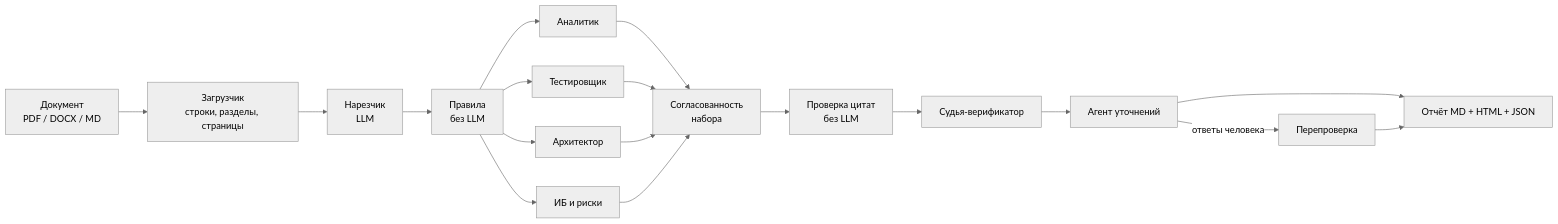
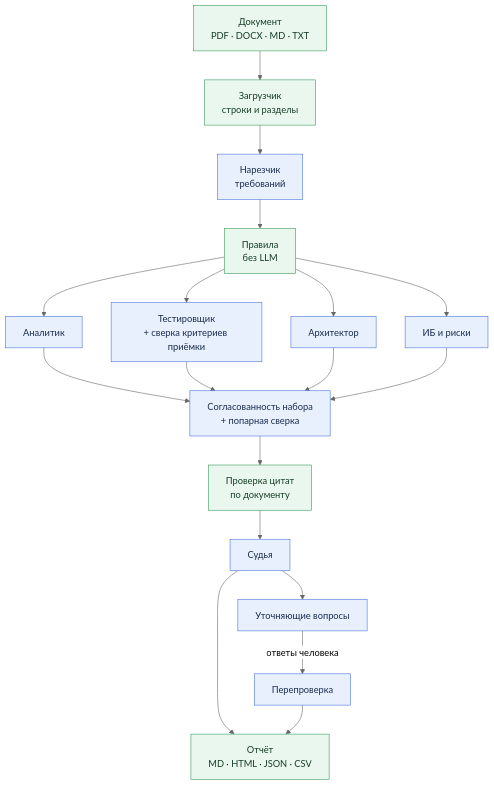
Before and after one commit to ERA216/Hac: the diagram in README.md, drawn with Mermaid (neutral theme). The commit also changed other lines of this file and 8 other files, not shown here.

First line of the commit message:
Подача для жюри: схема агента и скриншоты в README, исправления HTML-отчёта

````diff
--- a/README.md
+++ b/README.md
@@ -200,17 +25,21 @@
 ```mermaid
-flowchart LR
-    A[Документ<br>PDF / DOCX / MD] --> B[Загрузчик<br>строки, разделы, страницы]
-    B --> C[Нарезчик<br>LLM]
+flowchart TB
+    A[Документ<br>PDF · DOCX · MD · TXT] --> B[Загрузчик<br>строки и разделы]
+    B --> C[Нарезчик<br>требований]
     C --> D[Правила<br>без LLM]
     D --> E1[Аналитик]
-    D --> E2[Тестировщик]
+    D --> E2[Тестировщик<br>+ сверка критериев приёмки]
     D --> E3[Архитектор]
     D --> E4[ИБ и риски]
-    E1 & E2 & E3 & E4 --> F[Согласованность<br>набора]
-    F --> G[Проверка цитат<br>без LLM]
-    G --> H[Судья-верификатор]
-    H --> I[Агент уточнений]
+    E1 & E2 & E3 & E4 --> F[Согласованность набора<br>+ попарная сверка]
+    F --> G[Проверка цитат<br>по документу]
+    G --> H[Судья]
+    H --> I[Уточняющие вопросы]
     I -->|ответы человека| J[Перепроверка]
-    I --> K[Отчёт MD + HTML + JSON]
+    H --> K[Отчёт<br>MD · HTML · JSON · CSV]
     J --> K
+    classDef llm fill:#e8f0fe,stroke:#4a72d9,color:#1a2b4c
+    classDef code fill:#e9f7ef,stroke:#3a9a5b,color:#173d25
+    class C,E1,E2,E3,E4,F,H,I,J llm
+    class A,B,D,G,K code
 ```
````
